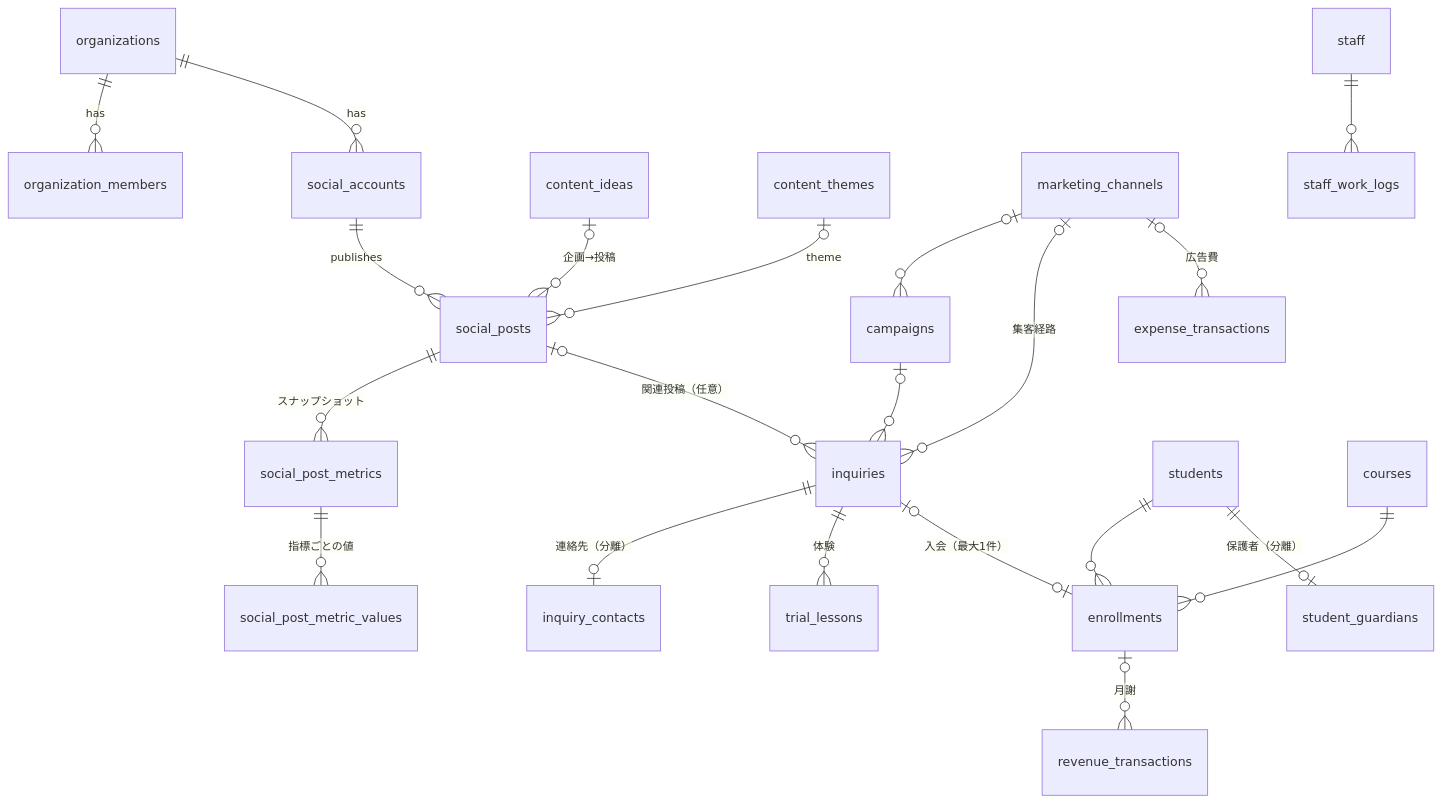
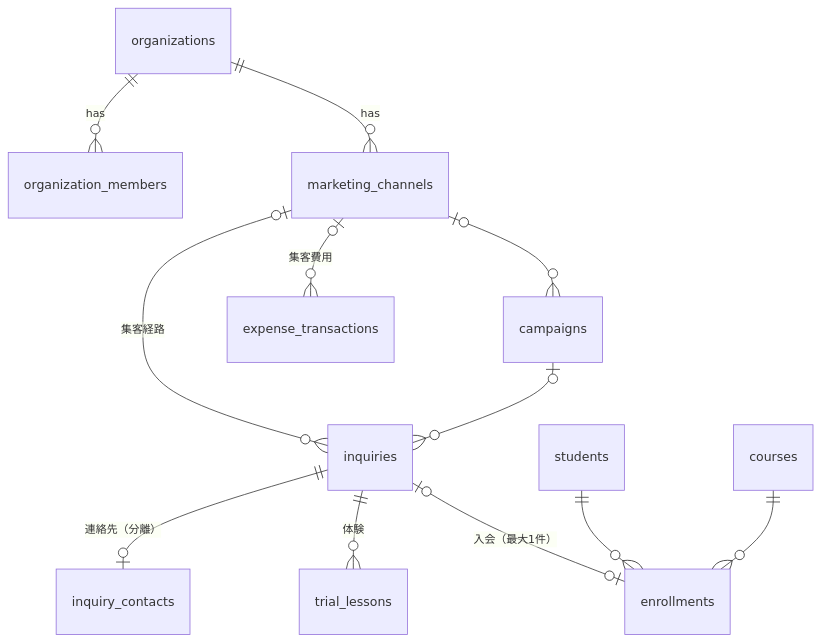
One commit to yuwiekiwi-oss/MJNexus changed the diagram in docs/database-design.md. Above: the diagram before and after it, drawn with Mermaid. The commit also changed other lines of this file and 92 other files, not shown here.

````diff
--- a/docs/database-design.md
+++ b/docs/database-design.md
@@ -15,23 +15,14 @@
 ```mermaid
 erDiagram
   organizations ||--o{ organization_members : has
-  organizations ||--o{ social_accounts : has
-  social_accounts ||--o{ social_posts : publishes
-  content_ideas |o--o{ social_posts : "企画→投稿"
-  content_themes |o--o{ social_posts : theme
-  social_posts ||--o{ social_post_metrics : "スナップショット"
-  social_post_metrics ||--o{ social_post_metric_values : "指標ごとの値"
+  organizations ||--o{ marketing_channels : has
   marketing_channels |o--o{ campaigns : ""
   marketing_channels |o--o{ inquiries : "集客経路"
   campaigns |o--o{ inquiries : ""
-  social_posts |o--o{ inquiries : "関連投稿（任意）"
   inquiries ||--o| inquiry_contacts : "連絡先（分離）"
   inquiries ||--o{ trial_lessons : "体験"
   inquiries |o--o| enrollments : "入会（最大1件）"
   students ||--o{ enrollments : ""
-  students ||--o| student_guardians : "保護者（分離）"
   courses ||--o{ enrollments : ""
-  enrollments |o--o{ revenue_transactions : "月謝"
-  marketing_channels |o--o{ expense_transactions : "広告費"
-  staff ||--o{ staff_work_logs : ""
+  marketing_channels |o--o{ expense_transactions : "集客費用"
 ```
````
